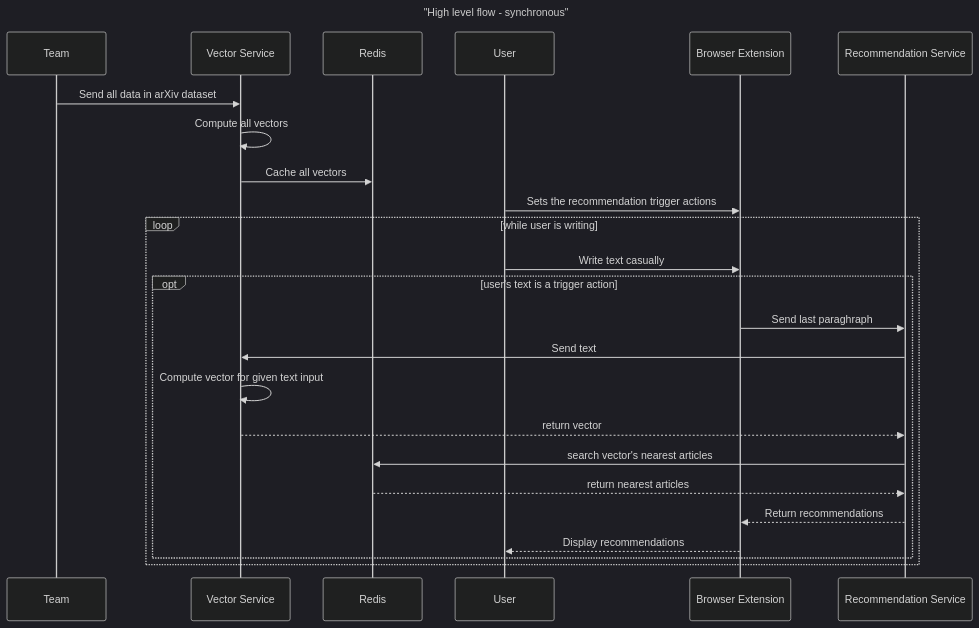
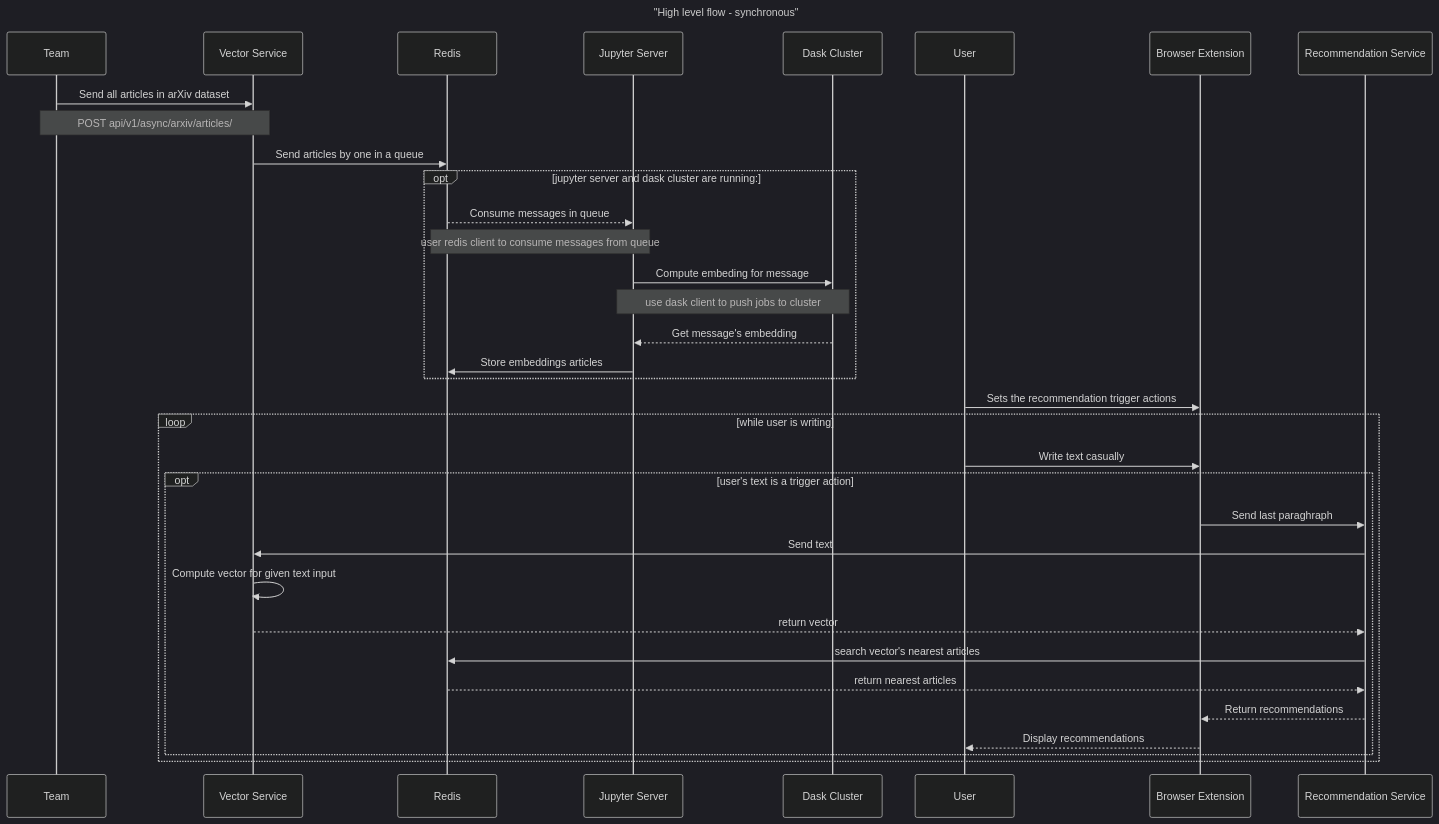
Before and after one commit to artefactory/redisventures-hackunamadata: the diagram in README.md, drawn with Mermaid (dark theme). The commit also changed other lines of this file, not shown here.

Commit message:
feat/vector_service: update sequence for vector service

````diff
--- a/README.md
+++ b/README.md
@@ -5,24 +5,33 @@
 ```mermaid
 sequenceDiagram
     title "High level flow - synchronous"
 
-    Team ->> Vector Service: Send all data in arXiv dataset
-    Vector Service ->> Vector Service: Compute all vectors
-    Vector Service ->> Redis: Cache all vectors
+    Team ->> Vector Service: Send all articles in arXiv dataset
+    Note over Team, Vector Service: POST api/v1/async/arxiv/articles/
+    Vector Service ->> Redis: Send articles by one in a queue
+
+    opt jupyter server and dask cluster are running:
+        Redis -->> Jupyter Server: Consume messages in queue
+        Note over Redis, Jupyter Server: user redis client to consume messages from queue
+        Jupyter Server ->> Dask Cluster: Compute embeding for message
+        Note over Jupyter Server, Dask Cluster: use dask client to push jobs to cluster
+        Dask Cluster -->> Jupyter Server: Get message's embedding
+        Jupyter Server ->> Redis: Store embeddings articles
+    end
 
     User ->> Browser Extension: Sets the recommendation trigger actions
 
     loop while user is writing
         User ->> Browser Extension: Write text casually
         opt user's text is a trigger action
             Browser Extension ->> Recommendation Service: Send last paraghraph
             Recommendation Service ->> Vector Service: Send text
             Vector Service ->> Vector Service : Compute vector for given text input
             Vector Service -->> Recommendation Service: return vector
             Recommendation Service ->> Redis: search vector's nearest articles
             Redis -->> Recommendation Service: return nearest articles
             Recommendation Service -->> Browser Extension: Return recommendations
             Browser Extension -->> User: Display recommendations
         end
     end
 ```
````
